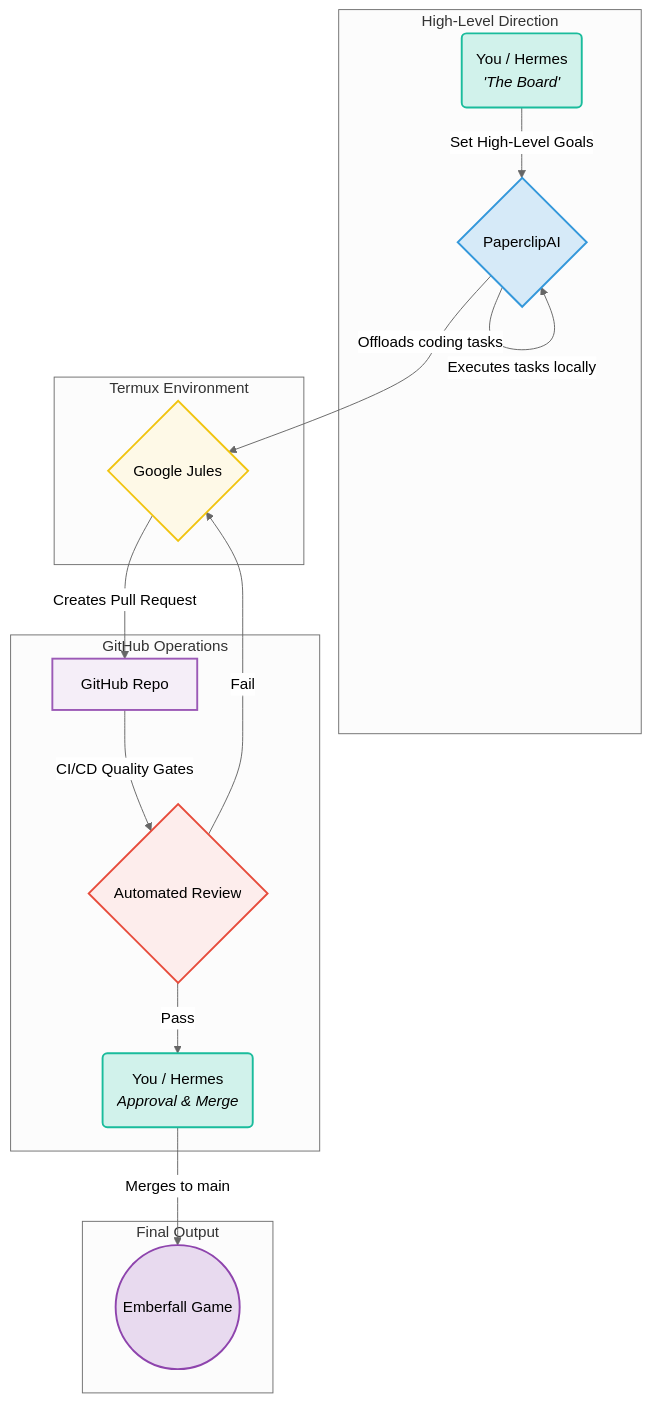
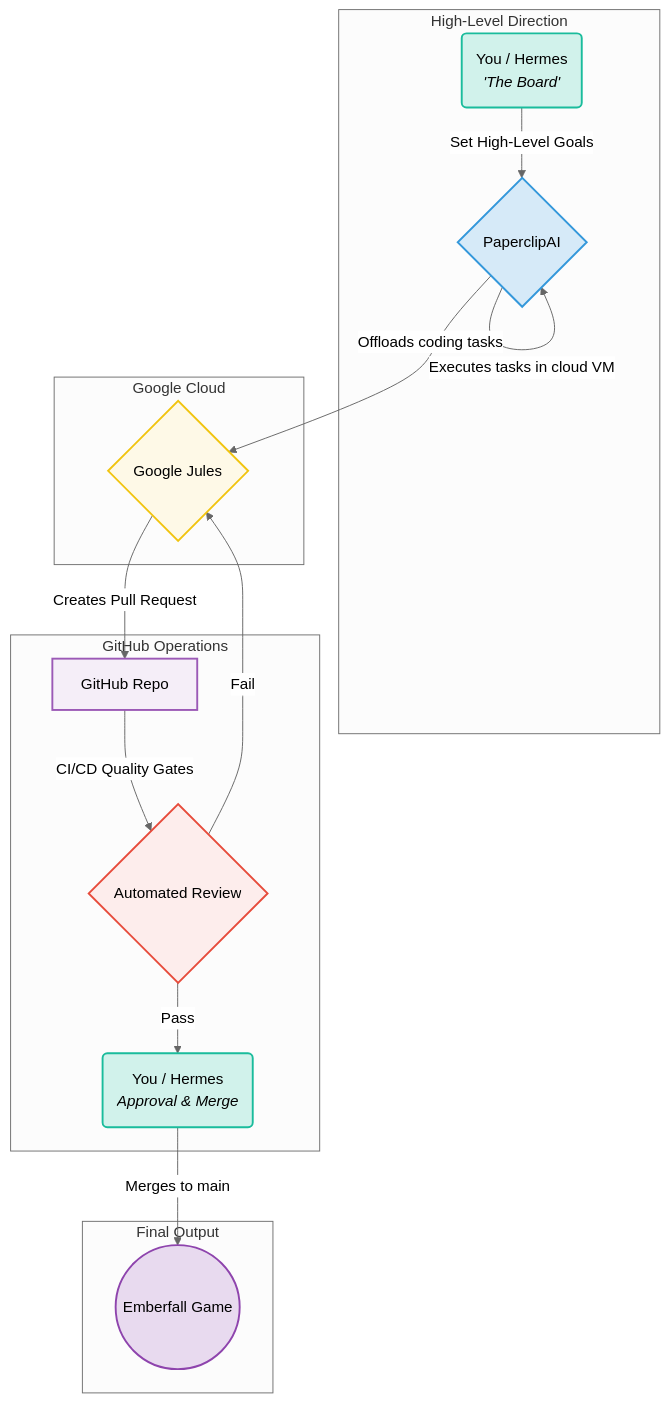
One commit to niyazmft/emberfall changed the diagram in README.md. Above: the diagram before and after it, drawn with Mermaid (neutral theme). The commit also changed 9 other files, not shown here.

````diff
--- a/README.md
+++ b/README.md
@@ -9,30 +9,30 @@
 ```mermaid
 graph TD
     subgraph "High-Level Direction"
         A(You / Hermes <br><i>'The Board'</i>) -- "Set High-Level Goals" --> B{PaperclipAI};
     end
 
-    subgraph "Termux Environment"
-        B -- "Executes tasks locally" --> B;
+    subgraph "Google Cloud"
+        B -- "Executes tasks in cloud VM" --> B;
         B -- "Offloads coding tasks" --> C{Google Jules};
     end
 
     subgraph "GitHub Operations"
         C -- "Creates Pull Request" --> D[GitHub Repo];
         D -- "CI/CD Quality Gates" --> E{Automated Review};
         E -- "Pass" --> F(You / Hermes <br><i>Approval & Merge</i>);
         E -- "Fail" --> C;
     end
     
     subgraph "Final Output"
         F -- "Merges to main" --> G((Emberfall Game));
     end
 
     style A fill:#D1F2EB,stroke:#1ABC9C,stroke-width:2px
     style B fill:#D6EAF8,stroke:#3498DB,stroke-width:2px
     style C fill:#FEF9E7,stroke:#F1C40F,stroke-width:2px
     style D fill:#F5EEF8,stroke:#9B59B6,stroke-width:2px
     style E fill:#FDEDEC,stroke:#E74C3C,stroke-width:2px
     style F fill:#D1F2EB,stroke:#1ABC9C,stroke-width:2px
     style G fill:#E8DAEF,stroke:#8E44AD,stroke-width:2px
 ```
````
